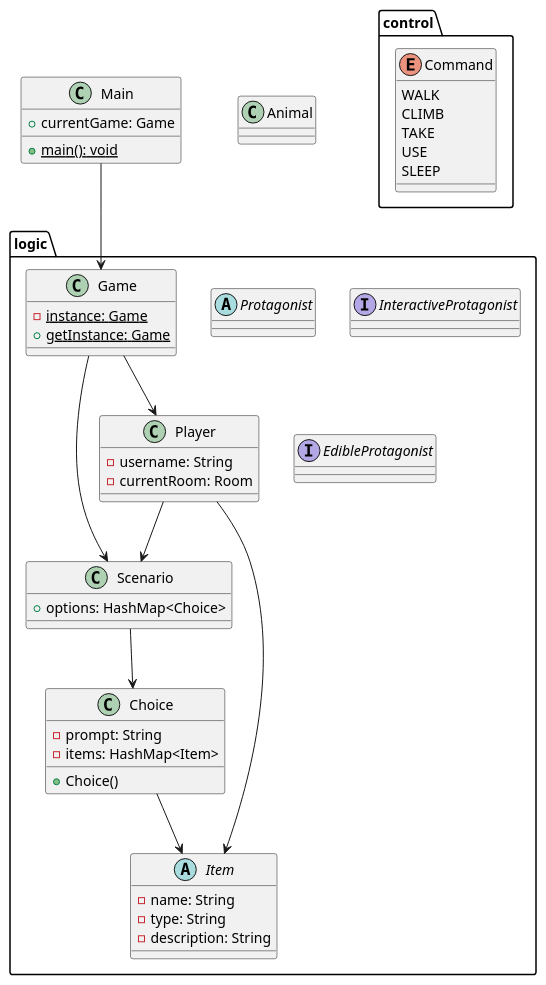
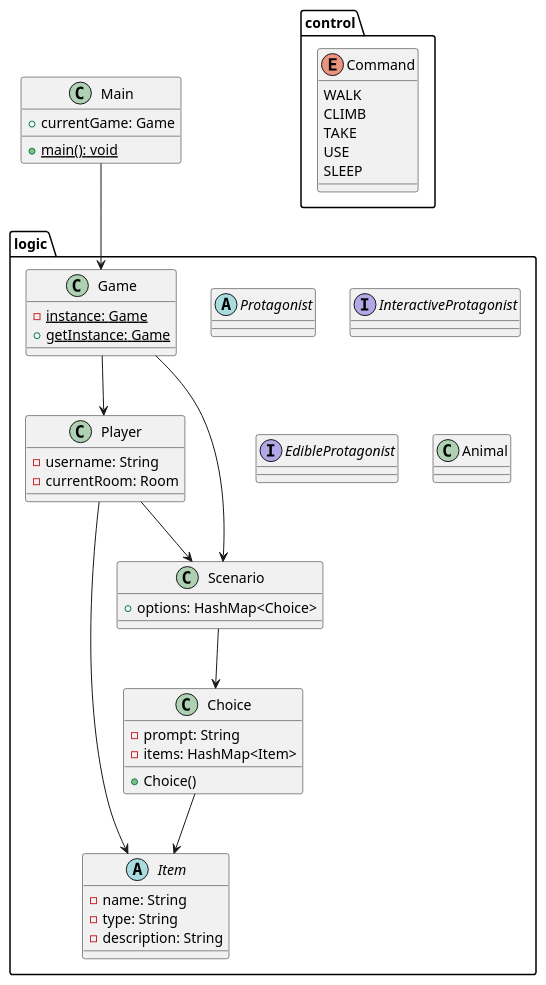
The diagram in docs/plantuml/2023_01_21_class_diagram.puml (adventures-in-the-jungle/adventures-in-the-jungle), drawn with PlantUML before and after one commit. The commit also changed 2 other files, not shown here.

Commit message:
Add ERD And Use Case Diagrams

```diff
--- a/docs/plantuml/2023_01_21_class_diagram.puml
+++ b/docs/plantuml/2023_01_21_class_diagram.puml
@@ -1,67 +1,67 @@
 @startuml
 
 class Main {
     + {static} main(): void
     + currentGame: Game
 }
 
 enum control.Command {
     WALK
     CLIMB
     TAKE
     USE
     SLEEP
 }
 
 ' Serializable Stuff
 class logic.Game {
     - {static} instance: Game
     + {static} getInstance: Game
 }
 
 class logic.Player {
     - username: String
     - currentRoom: Room
 }
 
 logic.Player --> logic.Scenario
 logic.Player --> logic.Item
 
 abstract class logic.Protagonist {
 
 }
 
 interface logic.InteractiveProtagonist
 interface logic.EdibleProtagonist
 
-class Animal {
+class logic.Animal {
 
 }
 
 abstract class logic.Item {
     - name: String
     - type: String
     - description: String
 }
 
 class logic.Scenario {
     + options: HashMap<Choice>
 }
 
 class logic.Choice {
     - prompt: String
     - items: HashMap<Item>
 
     + Choice()
 }
 
 Main --> logic.Game
 
 logic.Game --> logic.Player
 logic.Game --> logic.Scenario
 
 'logic.Room <|-- logic.Scenario
 logic.Scenario --> logic.Choice
 logic.Choice --> logic.Item
 
 @enduml
```
